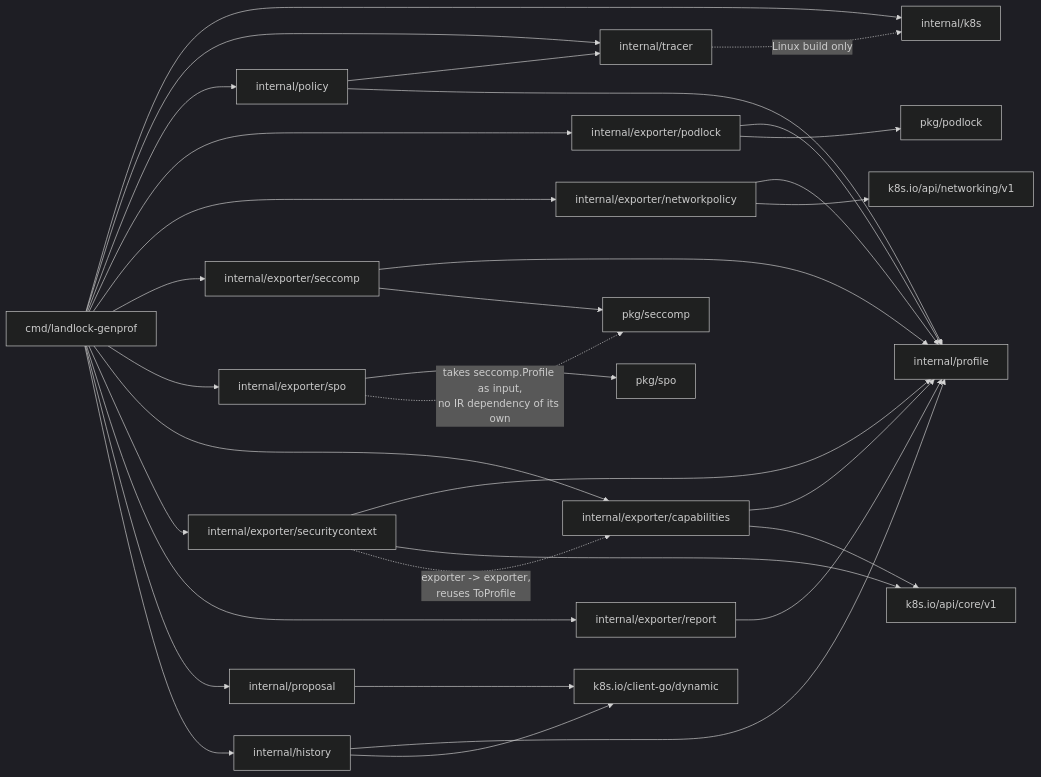
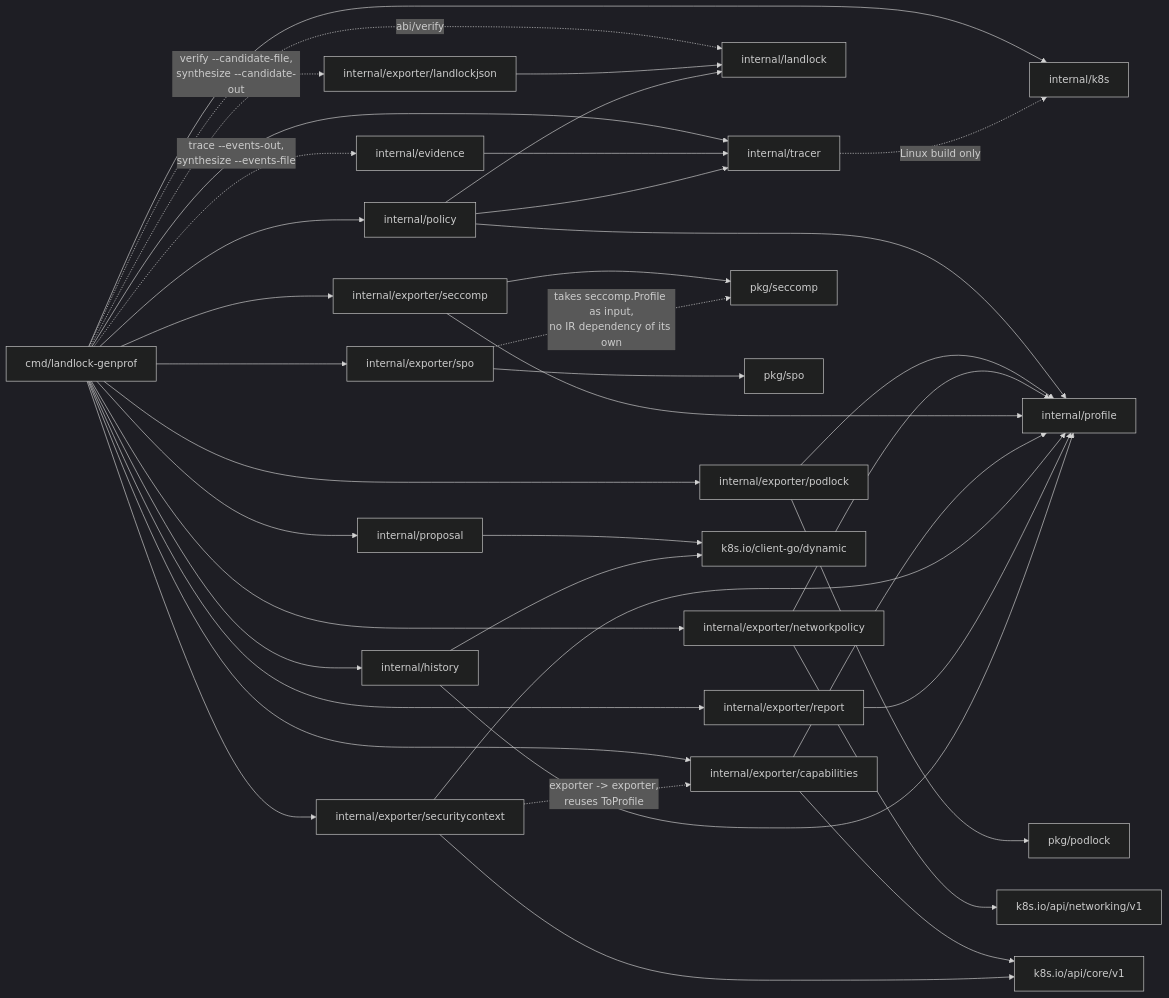
The diagram in docs/packages.md (idriss-eliguene/landlock-genprof), drawn with Mermaid (dark theme) before and after one commit. The commit also changed other lines of this file and 222 other files, not shown here.

````diff
--- a/docs/packages.md
+++ b/docs/packages.md
@@ -8,56 +8,65 @@
 ```mermaid
 flowchart LR
     cmd["cmd/landlock-genprof"]
     k8s["internal/k8s"]
     tracer["internal/tracer"]
     policy["internal/policy"]
+    landlock["internal/landlock"]
     ir["internal/profile"]
     exporter["internal/exporter/podlock"]
     podlock["pkg/podlock"]
     netexporter["internal/exporter/networkpolicy"]
     netpolicyapi["k8s.io/api/networking/v1"]
     seccompexporter["internal/exporter/seccomp"]
     seccomppkg["pkg/seccomp"]
     spoexporter["internal/exporter/spo"]
     spopkg["pkg/spo"]
     capexporter["internal/exporter/capabilities"]
     corev1api["k8s.io/api/core/v1"]
     scexporter["internal/exporter/securitycontext"]
     reportexporter["internal/exporter/report"]
     proposalpkg["internal/proposal"]
     history["internal/history"]
     dynamicclient["k8s.io/client-go/dynamic"]
+    landlockjson["internal/exporter/landlockjson"]
+    evidence["internal/evidence"]
 
     cmd --> k8s
     cmd --> tracer
     cmd --> policy
     cmd --> exporter
     cmd --> netexporter
     cmd --> seccompexporter
     cmd --> spoexporter
     cmd --> capexporter
     cmd --> scexporter
     cmd --> reportexporter
     cmd --> proposalpkg
     cmd --> history
+    cmd -. "abi/verify" .-> landlock
+    cmd -. "verify --candidate-file,<br/>synthesize --candidate-out" .-> landlockjson
+    cmd -. "trace --events-out,<br/>synthesize --events-file" .-> evidence
+    landlockjson --> landlock
+    evidence --> tracer
     policy --> tracer
     policy --> ir
+    policy --> landlock
     exporter --> ir
     exporter --> podlock
     netexporter --> ir
     netexporter --> netpolicyapi
     seccompexporter --> ir
     seccompexporter --> seccomppkg
     spoexporter --> spopkg
     spoexporter -. "takes seccomp.Profile as input,<br/>no IR dependency of its own" .-> seccomppkg
     capexporter --> ir
     capexporter --> corev1api
     scexporter --> ir
     scexporter --> corev1api
     scexporter -. "exporter -> exporter,<br/>reuses ToProfile" .-> capexporter
     reportexporter --> ir
     proposalpkg --> dynamicclient
     history --> ir
     history --> dynamicclient
     tracer -. "Linux build only" .-> k8s
 ```
````
